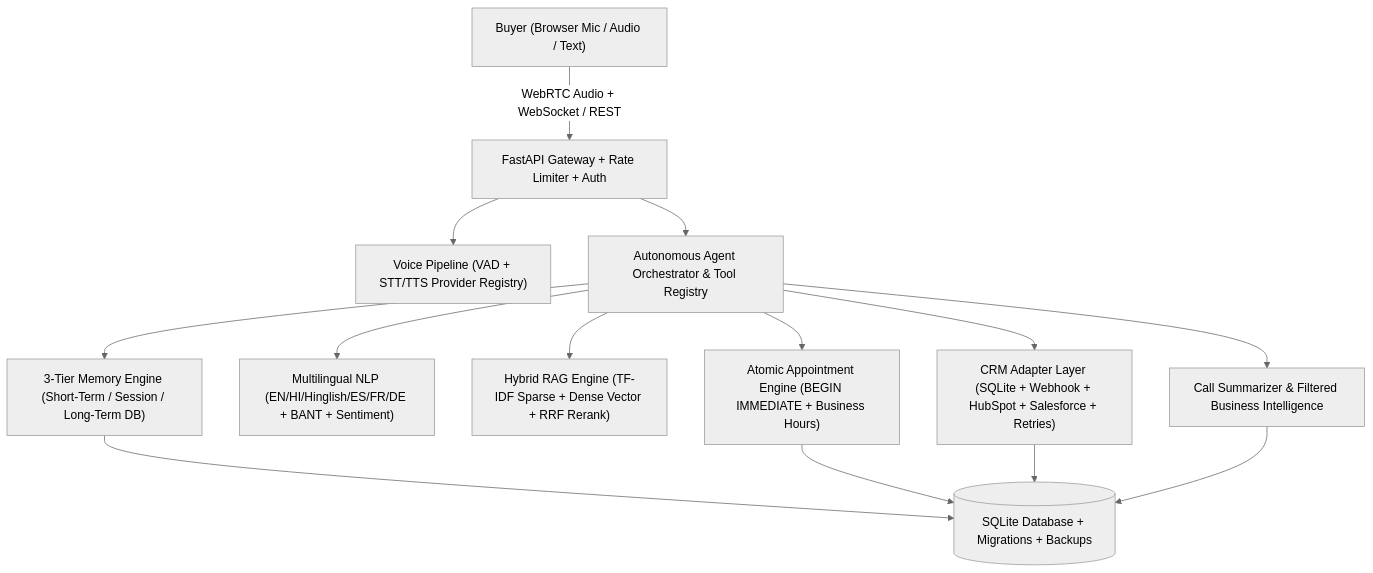
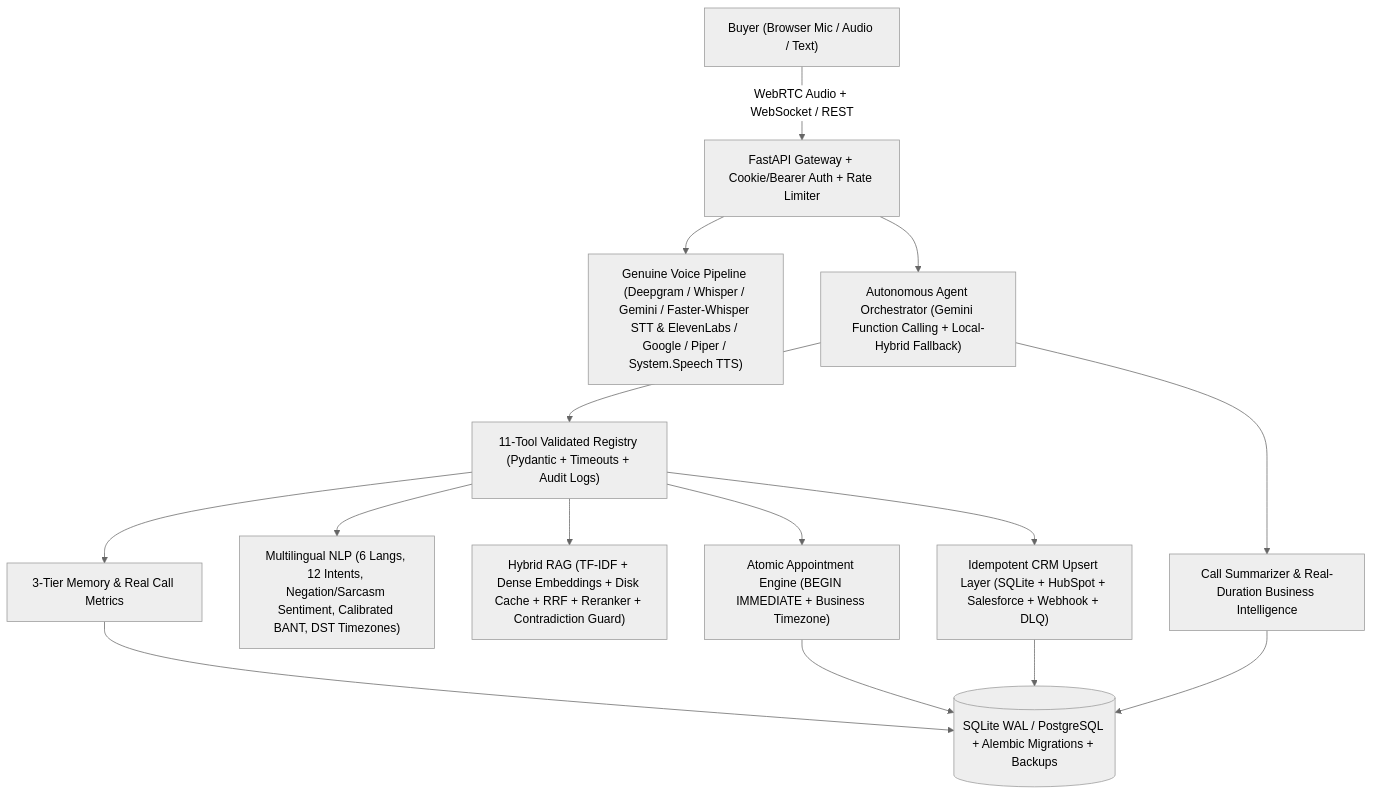
One commit to SudhirSir/Autonomous-AI-Sales-Voice-Agent changed the first of 2 diagrams in docs/ARCHITECTURE.md. Above: the diagram before and after it, drawn with Mermaid (neutral theme). The commit also changed other lines of this file and 26 other files, not shown here.

Commit message:
feat: upgrade Fortivex to V2 with Alembic migrations, calibrated BANT, DST-safe booking, CRM DLQ, and E2E verification

````diff
--- a/docs/ARCHITECTURE.md
+++ b/docs/ARCHITECTURE.md
@@ -7,18 +7,19 @@
 ```mermaid
 flowchart TB
-    User["Buyer (Browser Mic / Audio / Text)"] -->|WebRTC Audio + WebSocket / REST| API["FastAPI Gateway + Rate Limiter + Auth"]
-    API --> Voice["Voice Pipeline (VAD + STT/TTS Provider Registry)"]
-    API --> Orch["Autonomous Agent Orchestrator & Tool Registry"]
+    User["Buyer (Browser Mic / Audio / Text)"] -->|WebRTC Audio + WebSocket / REST| API["FastAPI Gateway + Cookie/Bearer Auth + Rate Limiter"]
+    API --> Voice["Genuine Voice Pipeline (Deepgram / Whisper / Gemini / Faster-Whisper STT &amp; ElevenLabs / Google / Piper / System.Speech TTS)"]
+    API --> Orch["Autonomous Agent Orchestrator (Gemini Function Calling + Local-Hybrid Fallback)"]
 
-    Orch --> Mem["3-Tier Memory Engine (Short-Term / Session / Long-Term DB)"]
-    Orch --> NLP["Multilingual NLP (EN/HI/Hinglish/ES/FR/DE + BANT + Sentiment)"]
-    Orch --> RAG["Hybrid RAG Engine (TF-IDF Sparse + Dense Vector + RRF Rerank)"]
-    Orch --> Booking["Atomic Appointment Engine (BEGIN IMMEDIATE + Business Hours)"]
-    Orch --> CRM["CRM Adapter Layer (SQLite + Webhook + HubSpot + Salesforce + Retries)"]
+    Orch --> Tools["11-Tool Validated Registry (Pydantic + Timeouts + Audit Logs)"]
+    Tools --> Mem["3-Tier Memory &amp; Real Call Metrics"]
+    Tools --> NLP["Multilingual NLP (6 Langs, 12 Intents, Negation/Sarcasm Sentiment, Calibrated BANT, DST Timezones)"]
+    Tools --> RAG["Hybrid RAG (TF-IDF + Dense Embeddings + Disk Cache + RRF + Reranker + Contradiction Guard)"]
+    Tools --> Booking["Atomic Appointment Engine (BEGIN IMMEDIATE + Business Timezone)"]
+    Tools --> CRM["Idempotent CRM Upsert Layer (SQLite + HubSpot + Salesforce + Webhook + DLQ)"]
 
-    Mem --> DB[("SQLite Database + Migrations + Backups")]
+    Mem --> DB[("SQLite WAL / PostgreSQL + Alembic Migrations + Backups")]
     Booking --> DB
     CRM --> DB
-    Orch --> Analytics["Call Summarizer & Filtered Business Intelligence"]
+    Orch --> Analytics["Call Summarizer &amp; Real-Duration Business Intelligence"]
     Analytics --> DB
 ```
````
